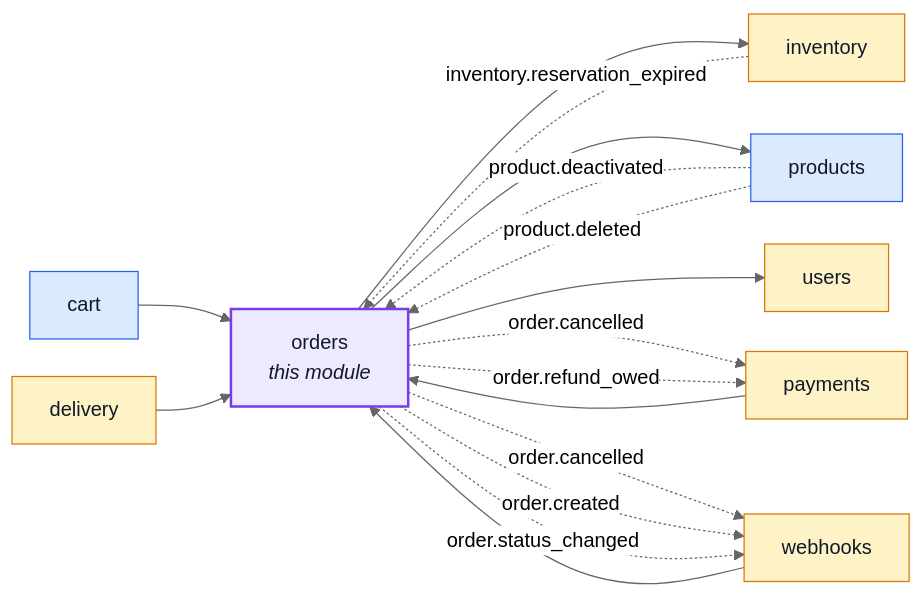
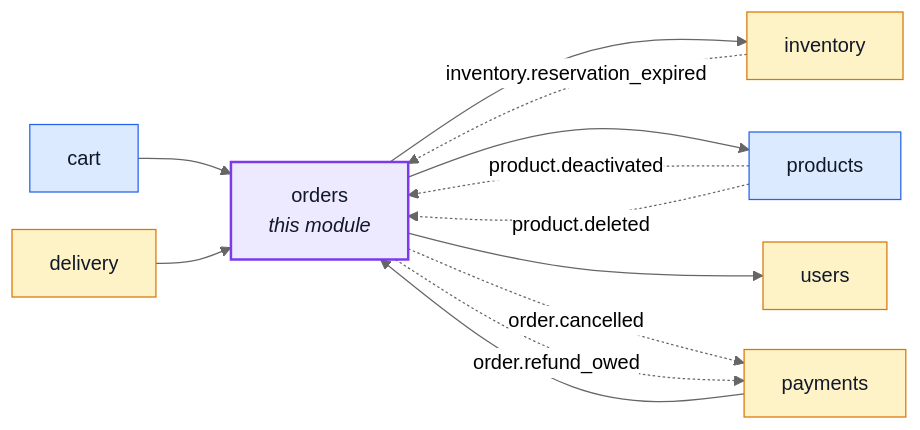
One commit to Guebbit/boilerplate-node-backend changed the first of 2 diagrams in docs/modules/orders.md. Above: the diagram before and after it, drawn with Mermaid (neutral theme). The commit also changed 4 other files, not shown here.

````diff
--- a/docs/modules/orders.md
+++ b/docs/modules/orders.md
@@ -16,36 +16,31 @@
 ```mermaid
 %%{init: {'flowchart': {'nodeSpacing': 30, 'rankSpacing': 60}}}%%
 flowchart LR
     orders["orders<br/><i>this module</i>"]
     cart["cart"]
     delivery["delivery"]
     inventory["inventory"]
     payments["payments"]
     products["products"]
     users["users"]
-    webhooks["webhooks"]
 
     cart --> orders
     delivery --> orders
     payments --> orders
-    webhooks --> orders
     orders --> inventory
     orders --> products
     orders --> users
     inventory -. "inventory.reservation_expired" .-> orders
     products -. "product.deactivated" .-> orders
     products -. "product.deleted" .-> orders
     orders -. "order.cancelled" .-> payments
     orders -. "order.refund_owed" .-> payments
-    orders -. "order.cancelled" .-> webhooks
-    orders -. "order.created" .-> webhooks
-    orders -. "order.status_changed" .-> webhooks
 
     classDef core fill:#dbeafe,stroke:#2563eb,color:#111827;
     classDef supporting fill:#fef3c7,stroke:#d97706,color:#111827;
     classDef generic fill:#dcfce7,stroke:#16a34a,color:#111827;
     classDef centre fill:#ede9fe,stroke:#7c3aed,stroke-width:2px,color:#111827;
     class cart,products core;
-    class delivery,inventory,payments,users,webhooks supporting;
+    class delivery,inventory,payments,users supporting;
     class orders centre;
 ```
````
